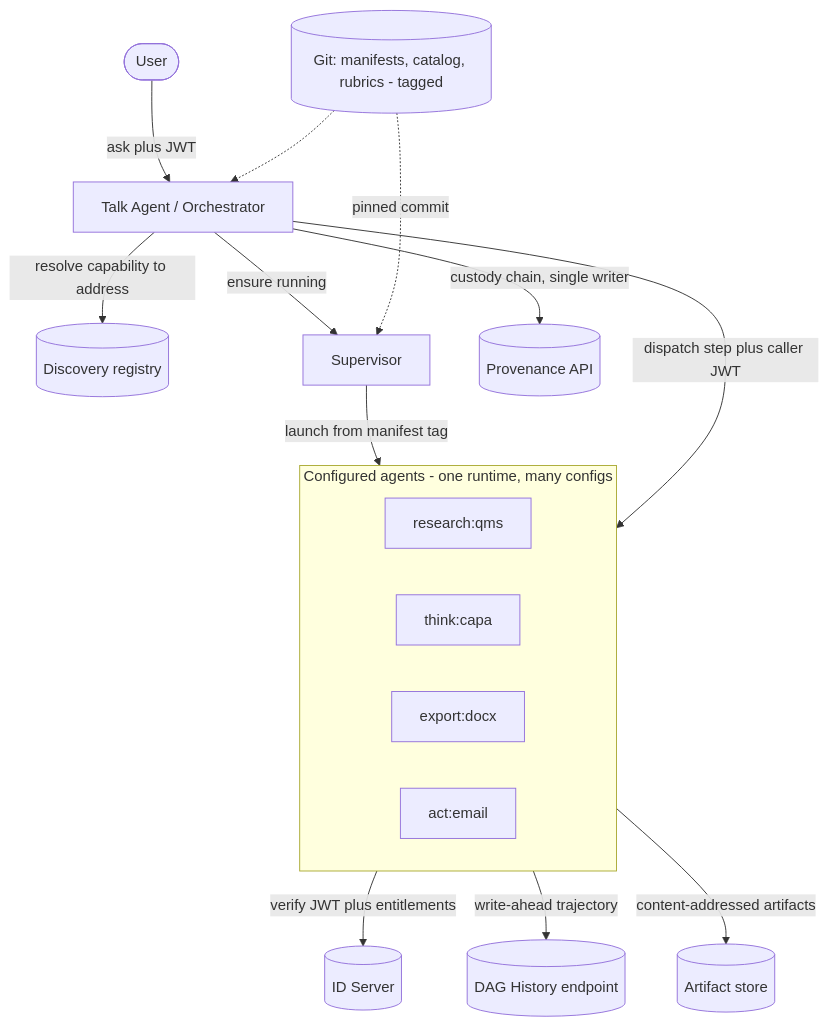
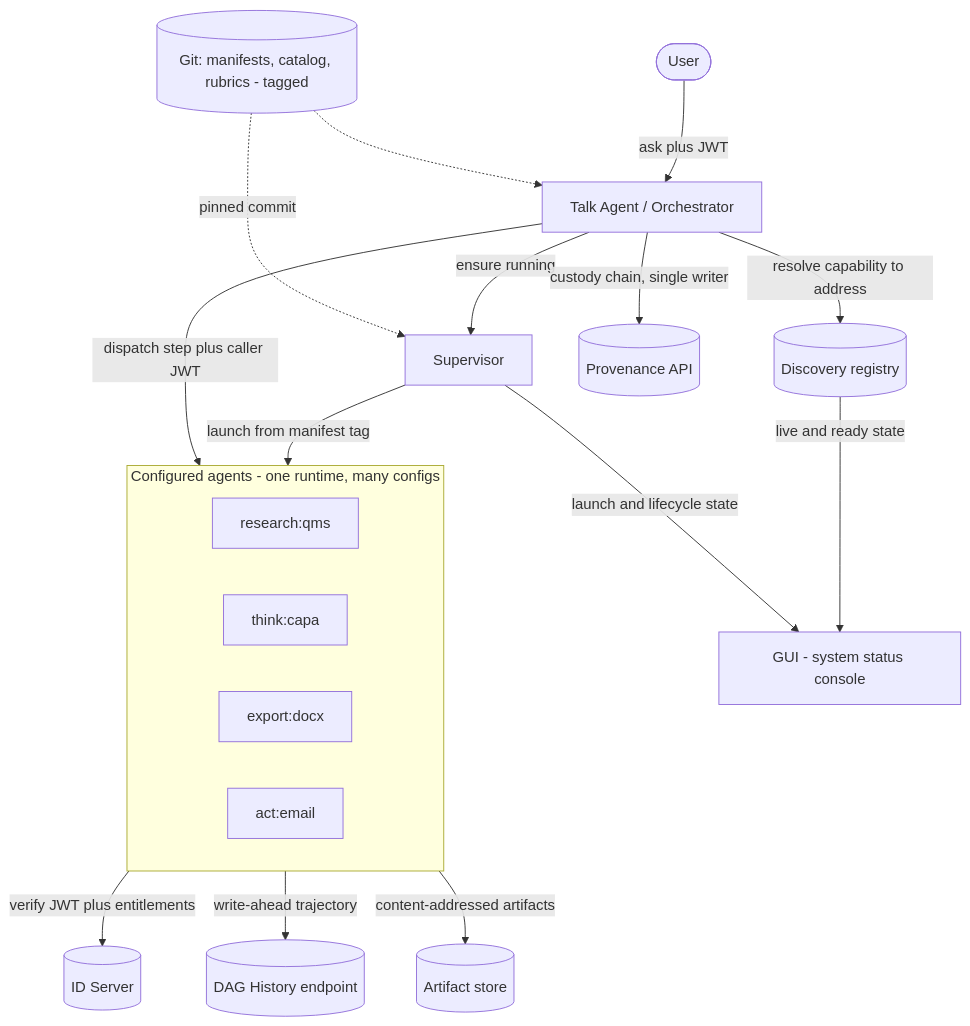
The first of 2 diagrams in docs/specs/SPEC-agent-platform-and-control-plane.md (devausrehamd/rehamdmacflow), drawn with Mermaid before and after one commit. The commit also changed other lines of this file, not shown here.

````diff
--- a/docs/specs/SPEC-agent-platform-and-control-plane.md
+++ b/docs/specs/SPEC-agent-platform-and-control-plane.md
@@ -38,20 +38,22 @@
 ```mermaid
 flowchart TB
   user([User]) -->|ask plus JWT| talk["Talk Agent / Orchestrator"]
   talk -->|resolve capability to address| disc[("Discovery registry")]
   talk -->|ensure running| sup["Supervisor"]
   sup -->|launch from manifest tag| agents
   subgraph agents["Configured agents - one runtime, many configs"]
     r["research:qms"]
     t["think:capa"]
     x["export:docx"]
     a["act:email"]
   end
   talk -->|dispatch step plus caller JWT| agents
   agents -->|verify JWT plus entitlements| ids[("ID Server")]
   talk -->|custody chain, single writer| prov[("Provenance API")]
   agents -->|write-ahead trajectory| hist[("DAG History endpoint")]
   agents -->|content-addressed artifacts| store[("Artifact store")]
   cfg[("Git: manifests, catalog, rubrics - tagged")] -.->|pinned commit| sup
   cfg -.-> talk
+  disc -->|live and ready state| gui["GUI - system status console"]
+  sup -->|launch and lifecycle state| gui
 ```
````
